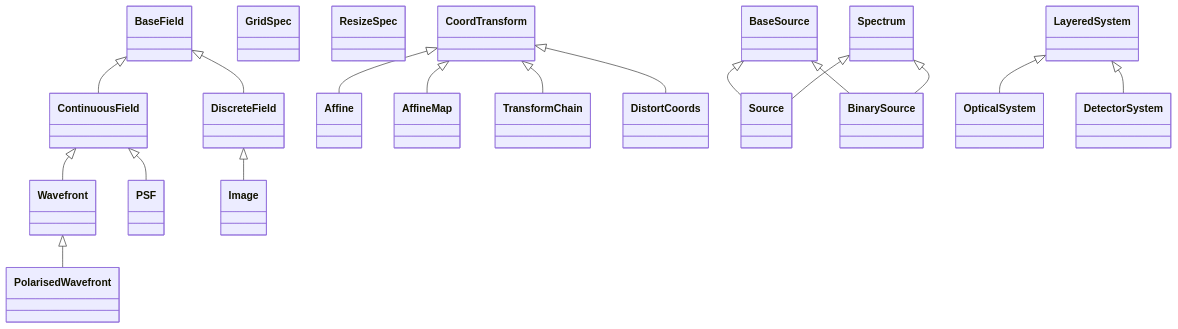
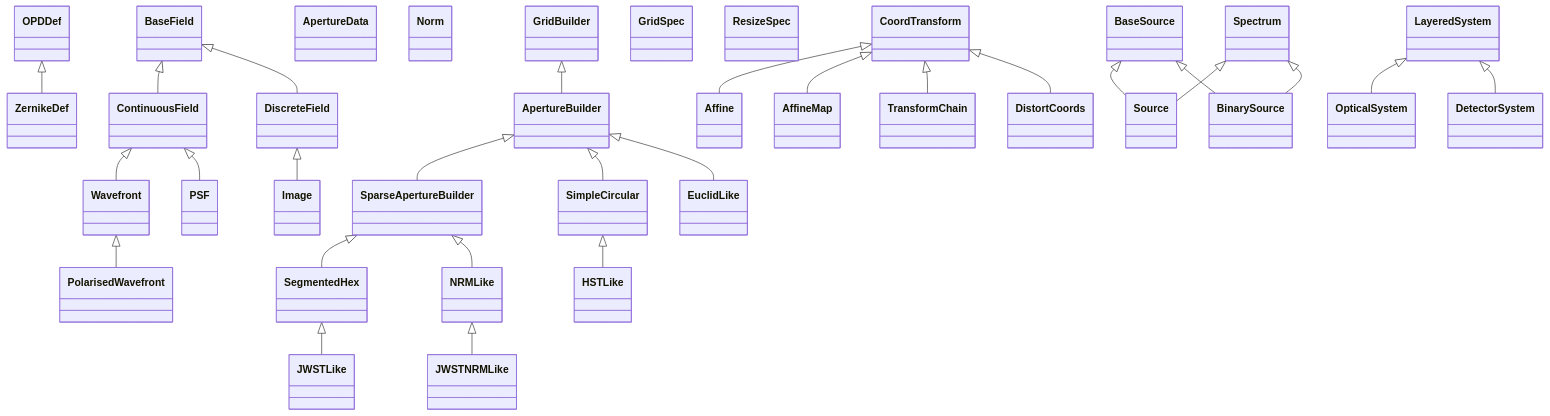
The diagram in docs/API/core/overview.md (LouisDesdoigts/dLux), drawn with Mermaid before and after one commit. The commit also changed 11 other files, not shown here.

Commit message:
Regenerate API reference and diagrams

````diff
--- a/docs/API/core/overview.md
+++ b/docs/API/core/overview.md
@@ -5,5 +5,12 @@
 ```mermaid
 classDiagram
+    class dLux_builders_GridBuilder["GridBuilder"]
+    class dLux_builders_OPDDef["OPDDef"]
+    class dLux_builders_ApertureData["ApertureData"]
+    class dLux_builders_Norm["Norm"]
+    class dLux_builders_ZernikeDef["ZernikeDef"]
+    class dLux_builders_ApertureBuilder["ApertureBuilder"]
+    class dLux_builders_SparseApertureBuilder["SparseApertureBuilder"]
     class dLux_fields_BaseField["BaseField"]
     class dLux_fields_ContinuousField["ContinuousField"]
     class dLux_fields_DiscreteField["DiscreteField"]
@@ -18,6 +25,13 @@
     class dLux_grids_AffineMap["AffineMap"]
     class dLux_grids_TransformChain["TransformChain"]
     class dLux_grids_DistortCoords["DistortCoords"]
+    class dLux_prebuilt_SimpleCircular["SimpleCircular"]
+    class dLux_prebuilt_SegmentedHex["SegmentedHex"]
+    class dLux_prebuilt_NRMLike["NRMLike"]
+    class dLux_prebuilt_HSTLike["HSTLike"]
+    class dLux_prebuilt_JWSTLike["JWSTLike"]
+    class dLux_prebuilt_JWSTNRMLike["JWSTNRMLike"]
+    class dLux_prebuilt_EuclidLike["EuclidLike"]
     class dLux_sources_BaseSource["BaseSource"]
     class dLux_sources_Spectrum["Spectrum"]
     class dLux_sources_Source["Source"]
@@ -25,6 +39,16 @@
     class dLux_systems_LayeredSystem["LayeredSystem"]
     class dLux_systems_OpticalSystem["OpticalSystem"]
     class dLux_systems_DetectorSystem["DetectorSystem"]
+    click dLux_builders_GridBuilder href "../builders/#dLux.builders.GridBuilder" "Methods: validate(), build()"
+    click dLux_builders_OPDDef href "../builders/#dLux.builders.OPDDef" "Methods: calculate()"
+    click dLux_builders_ApertureData href "../builders/#dLux.builders.ApertureData" "Attributes: transmission, support, diameter, centers"
+    click dLux_builders_Norm href "../builders/#dLux.builders.Norm" "Attributes: mode, scale"
+    dLux_builders_OPDDef <|-- dLux_builders_ZernikeDef
+    click dLux_builders_ZernikeDef href "../builders/#dLux.builders.ZernikeDef" "Attributes: nolls, oversize, norm · Methods: calculate()"
+    dLux_builders_GridBuilder <|-- dLux_builders_ApertureBuilder
+    click dLux_builders_ApertureBuilder href "../builders/#dLux.builders.ApertureBuilder" "Attributes: primary, obscurations, opd, oversample · Methods: build(), aperture_data()"
+    dLux_builders_ApertureBuilder <|-- dLux_builders_SparseApertureBuilder
+    click dLux_builders_SparseApertureBuilder href "../builders/#dLux.builders.SparseApertureBuilder" "Attributes: centers, global_obscurations · Methods: aperture_data()"
     click dLux_fields_BaseField href "../fields/#dLux.fields.BaseField" "Attributes: spec · Properties: field, spatial_shape, axes, coordinates, xs, npixels, pixel_scale, center, diameter · Methods: normalise(), convolve(), resize(), downsample(), flip()"
     dLux_fields_BaseField <|-- dLux_fields_ContinuousField
     click dLux_fields_ContinuousField href "../fields/#dLux.fields.ContinuousField" "Attributes: spec · Methods: scale_to(), interpolate(), rotate()"
@@ -38,7 +62,7 @@
     click dLux_fields_PSF href "../fields/#dLux.fields.PSF" "Attributes: data, spec · Properties: field, batch_ndim · Methods: from_wavefront()"
     dLux_fields_DiscreteField <|-- dLux_fields_Image
     click dLux_fields_Image href "../fields/#dLux.fields.Image" "Attributes: data, spec, variance, read_noise · Properties: field"
-    click dLux_grids_GridSpec href "../grids/#dLux.grids.GridSpec" "Attributes: n, d, c, unit · Properties: ndim, shape, scale, axes, xs, coordinates, fov, extent · Methods: broadcast(), resize(), downsample(), resample(), axes_for(), xs_for(), coordinates_for()"
+    click dLux_grids_GridSpec href "../grids/#dLux.grids.GridSpec" "Attributes: n, d, c, unit · Properties: ndim, shape, scale, axes, xs, coordinates, fov, extent · Methods: broadcast(), resize(), downsample(), oversample(), resample(), build(), axes_for(), xs_for(), transformed(), coordinates_for()"
     click dLux_grids_ResizeSpec href "../grids/#dLux.grids.ResizeSpec" "Attributes: n, pad, crop, c · Properties: explicit, padding · Methods: broadcast(), output_size(), crop_size(), pad_array(), crop_array(), resize()"
     click dLux_grids_CoordTransform href "../grids/#dLux.grids.CoordTransform" "Methods: get_coordinates(), apply()"
     dLux_grids_CoordTransform <|-- dLux_grids_Affine
@@ -49,6 +73,20 @@
     click dLux_grids_TransformChain href "../grids/#dLux.grids.TransformChain" "Attributes: transformations"
     dLux_grids_CoordTransform <|-- dLux_grids_DistortCoords
     click dLux_grids_DistortCoords href "../grids/#dLux.grids.DistortCoords" "Attributes: powers, distortion, shift_invariant"
+    dLux_builders_ApertureBuilder <|-- dLux_prebuilt_SimpleCircular
+    click dLux_prebuilt_SimpleCircular href "../prebuilt/#dLux.prebuilt.SimpleCircular" "No direct public attributes or methods"
+    dLux_builders_SparseApertureBuilder <|-- dLux_prebuilt_SegmentedHex
+    click dLux_prebuilt_SegmentedHex href "../prebuilt/#dLux.prebuilt.SegmentedHex" "No direct public attributes or methods"
+    dLux_builders_SparseApertureBuilder <|-- dLux_prebuilt_NRMLike
+    click dLux_prebuilt_NRMLike href "../prebuilt/#dLux.prebuilt.NRMLike" "No direct public attributes or methods"
+    dLux_prebuilt_SimpleCircular <|-- dLux_prebuilt_HSTLike
+    click dLux_prebuilt_HSTLike href "../prebuilt/#dLux.prebuilt.HSTLike" "No direct public attributes or methods"
+    dLux_prebuilt_SegmentedHex <|-- dLux_prebuilt_JWSTLike
+    click dLux_prebuilt_JWSTLike href "../prebuilt/#dLux.prebuilt.JWSTLike" "No direct public attributes or methods"
+    dLux_prebuilt_NRMLike <|-- dLux_prebuilt_JWSTNRMLike
+    click dLux_prebuilt_JWSTNRMLike href "../prebuilt/#dLux.prebuilt.JWSTNRMLike" "No direct public attributes or methods"
+    dLux_builders_ApertureBuilder <|-- dLux_prebuilt_EuclidLike
+    click dLux_prebuilt_EuclidLike href "../prebuilt/#dLux.prebuilt.EuclidLike" "No direct public attributes or methods"
     click dLux_sources_BaseSource href "../sources/#dLux.sources.BaseSource" "Attributes: flux, distribution, units · Methods: source_params(), flux_params(), distribution_params(), wavefront(), model()"
     click dLux_sources_Spectrum href "../sources/#dLux.sources.Spectrum" "Attributes: wavelengths, weights, units · Methods: spectrum_params(), model()"
     dLux_sources_BaseSource <|-- dLux_sources_Source
````
